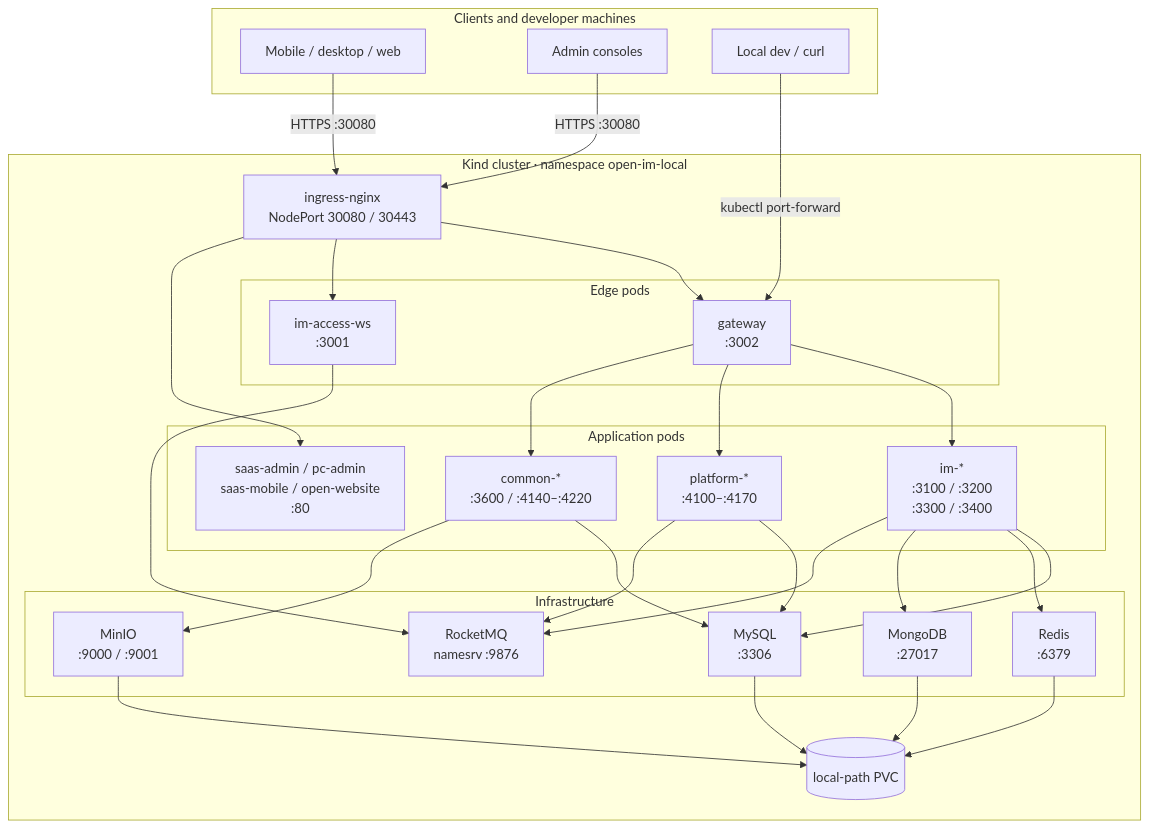
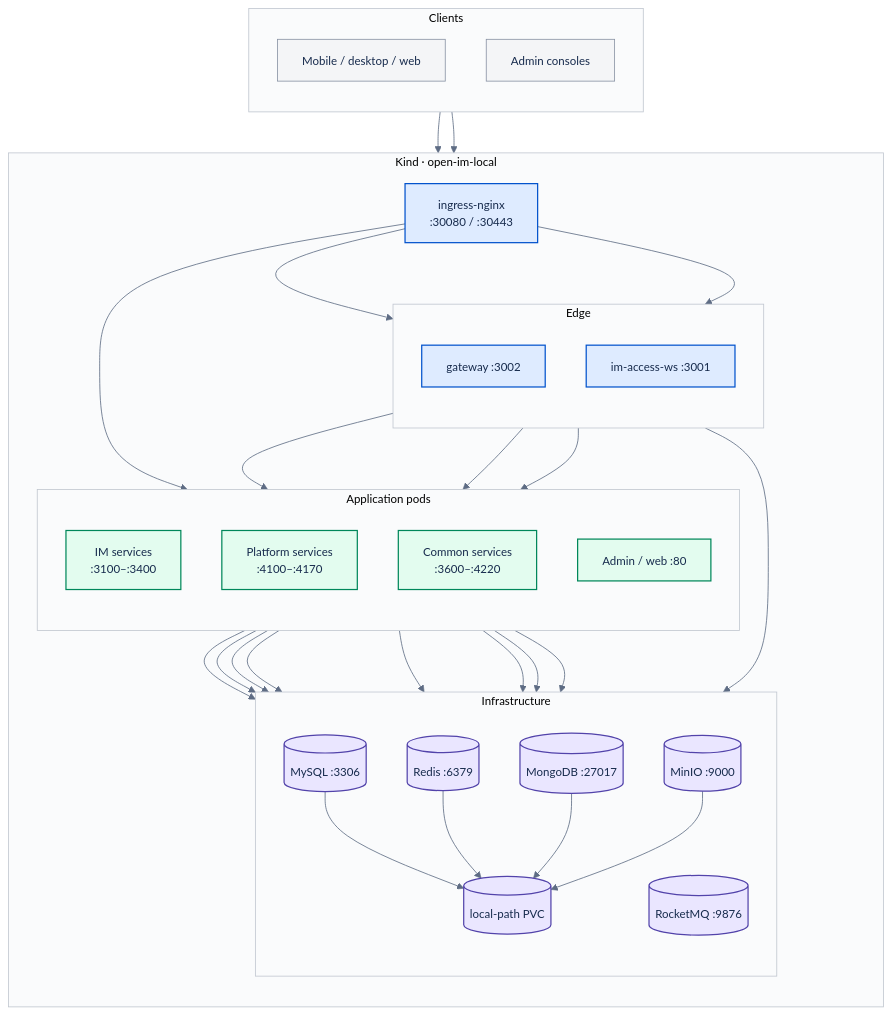
The diagram in docs/20-architecture/diagrams/03-deployment.en.md (openware-io/open-im-server), drawn with Mermaid before and after one commit. The commit also changed 17 other files, not shown here.

First line of the commit message:
docs(architecture): restyle the eight core diagrams with a shared visual language

````diff
--- a/docs/20-architecture/diagrams/03-deployment.en.md
+++ b/docs/20-architecture/diagrams/03-deployment.en.md
@@ -9,59 +9,63 @@
 ```mermaid
+%%{init: {"theme":"base","themeVariables":{"fontSize":"14px","primaryColor":"#E8F0FE","primaryTextColor":"#172B4D","primaryBorderColor":"#2563EB","lineColor":"#5E6C84","clusterBkg":"#FAFBFC","clusterBorder":"#C1C7D0"}}}%%
 flowchart TB
-  subgraph Clients["Clients and developer machines"]
+  subgraph CLIENT["Clients"]
+    direction TB
     APP["Mobile / desktop / web"]
     ADMIN["Admin consoles"]
-    DEV["Local dev / curl"]
   end
-
-  subgraph Kind["Kind cluster · namespace open-im-local"]
-    ING["ingress-nginx<br/>NodePort 30080 / 30443"]
-
-    subgraph Edge["Edge pods"]
-      GW["gateway<br/>:3002"]
-      WS["im-access-ws<br/>:3001"]
+  subgraph K8S["Kind · open-im-local"]
+    direction TB
+    ING["ingress-nginx<br/>:30080 / :30443"]
+    subgraph EDGE["Edge"]
+      direction TB
+      GW["gateway :3002"]
+      WS["im-access-ws :3001"]
     end
-
-    subgraph Apps["Application pods"]
-      IM["im-*<br/>:3100 / :3200<br/>:3300 / :3400"]
-      PLAT["platform-*<br/>:4100–:4170"]
-      COMMON["common-*<br/>:3600 / :4140–:4220"]
-      WEB["saas-admin / pc-admin<br/>saas-mobile / open-website<br/>:80"]
+    subgraph APPS["Application pods"]
+      direction TB
+      IM["IM services<br/>:3100–:3400"]
+      PLAT["Platform services<br/>:4100–:4170"]
+      COMMON["Common services<br/>:3600–:4220"]
+      WEB["Admin / web :80"]
     end
-
-    subgraph Infra["Infrastructure"]
-      MYSQL["MySQL<br/>:3306"]
-      REDIS["Redis<br/>:6379"]
-      MONGO["MongoDB<br/>:27017"]
-      MQ["RocketMQ<br/>namesrv :9876"]
-      MINIO["MinIO<br/>:9000 / :9001"]
+    subgraph INFRA["Infrastructure"]
+      direction TB
+      MYSQL[("MySQL :3306")]
+      REDIS[("Redis :6379")]
+      MONGO[("MongoDB :27017")]
+      MQ[("RocketMQ :9876")]
+      MINIO[("MinIO :9000")]
+      PVC[("local-path PVC")]
     end
-
-    PVC[("local-path PVC")]
   end
-
-  APP -->|"HTTPS :30080"| ING
-  ADMIN -->|"HTTPS :30080"| ING
-  DEV -->|"kubectl port-forward"| GW
-
+  APP --> ING
+  ADMIN --> ING
   ING --> GW
   ING --> WS
   ING --> WEB
-
   GW --> IM
   GW --> PLAT
   GW --> COMMON
   WS --> MQ
   IM --> MYSQL
   IM --> REDIS
   IM --> MONGO
   IM --> MQ
   PLAT --> MYSQL
   PLAT --> MQ
   COMMON --> MYSQL
   COMMON --> MINIO
-  MINIO --> PVC
   MYSQL --> PVC
   REDIS --> PVC
   MONGO --> PVC
+  MINIO --> PVC
+  classDef client fill:#F4F5F7,stroke:#8993A4,color:#172B4D,stroke-width:1px
+  classDef edge fill:#DEEBFF,stroke:#0052CC,color:#172B4D,stroke-width:1.5px
+  classDef apps fill:#E3FCEF,stroke:#00875A,color:#172B4D,stroke-width:1.5px
+  classDef infra fill:#EAE6FF,stroke:#5243AA,color:#172B4D,stroke-width:1.5px
+  class APP,ADMIN client
+  class GW,WS,ING edge
+  class IM,PLAT,COMMON,WEB apps
+  class MYSQL,REDIS,MONGO,MQ,MINIO,PVC infra
 ```
````
